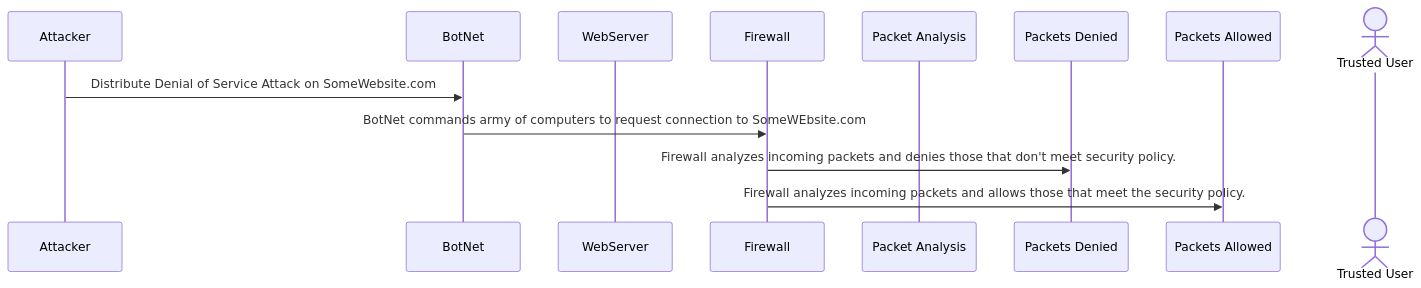
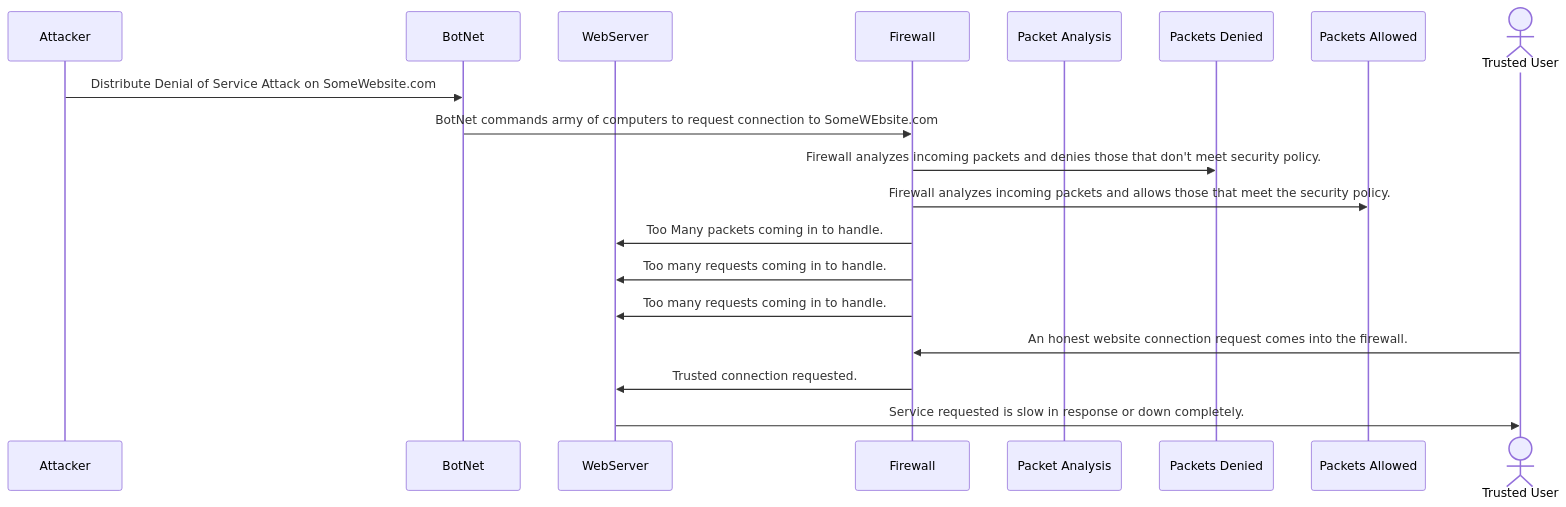
One commit to Langston6954/Langston6954.github.io changed the diagram in DDoS_Attack_Sequence.md. Above: the diagram before and after it, drawn with Mermaid.

Commit message:
Update DDoS_Attack_Sequence.md
Updated

````diff
--- a/DDoS_Attack_Sequence.md
+++ b/DDoS_Attack_Sequence.md
@@ -1,16 +1,28 @@
 ```mermaid
 sequenceDiagram
   participant Attacker
   participant BotNet
   participant WebServer
   participant Firewall
   participant Packet Analysis
   participant Packets Denied
   participant Packets Allowed
   actor Trusted User
   Attacker->>BotNet: Distribute Denial of Service Attack on SomeWebsite.com
   BotNet->>Firewall: BotNet commands army of computers to request connection to SomeWEbsite.com
   Firewall->>Packets Denied: Firewall analyzes incoming packets and denies those that don't meet security policy.
   Firewall->>Packets Allowed: Firewall analyzes incoming packets and allows those that meet the security policy.
+  Firewall->>WebServer: Too Many packets coming in to handle.
+  Firewall->>WebServer: Too many requests coming in to handle.
+  Firewall->>WebServer: Too many requests coming in to handle.
+  Trusted User->>Firewall: An honest website connection request comes into the firewall.
+  Firewall->>WebServer: Trusted connection requested.
+  WebServer->>Trusted User: Service requested is slow in response or down completely.
+
+
+
+
+
+
 
 ```
````
